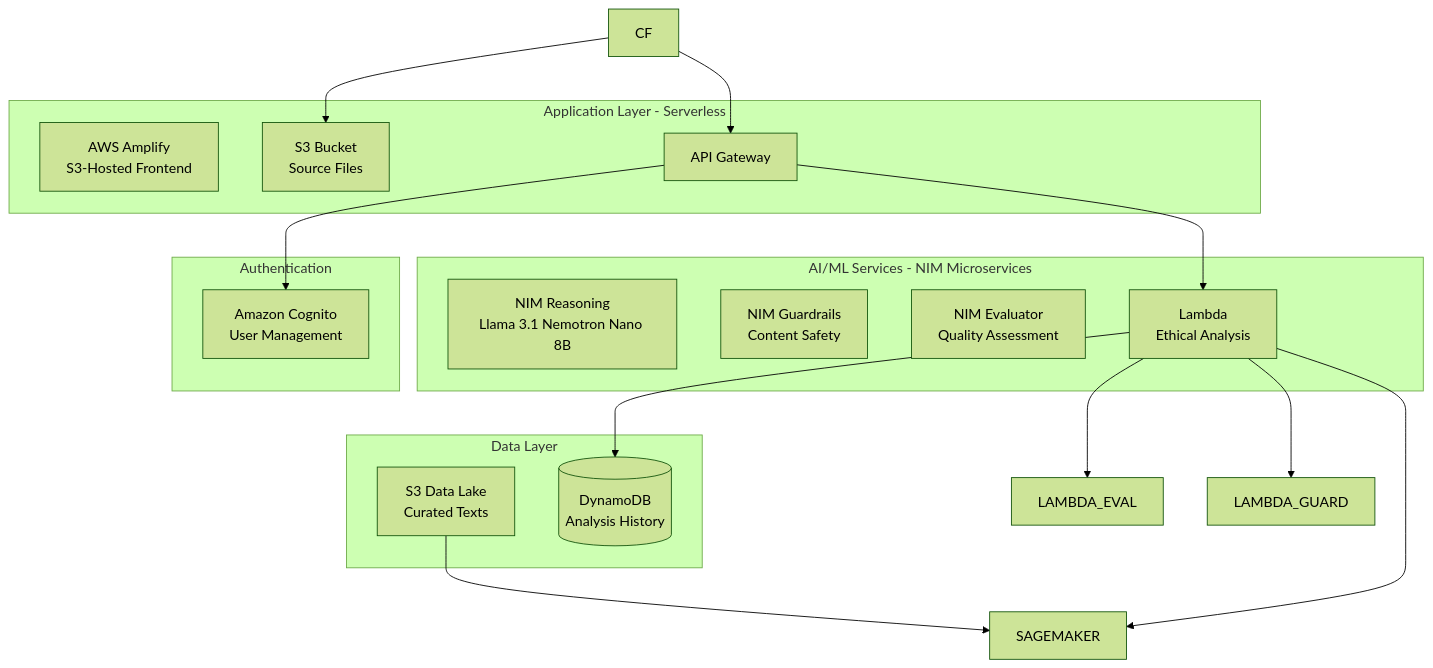
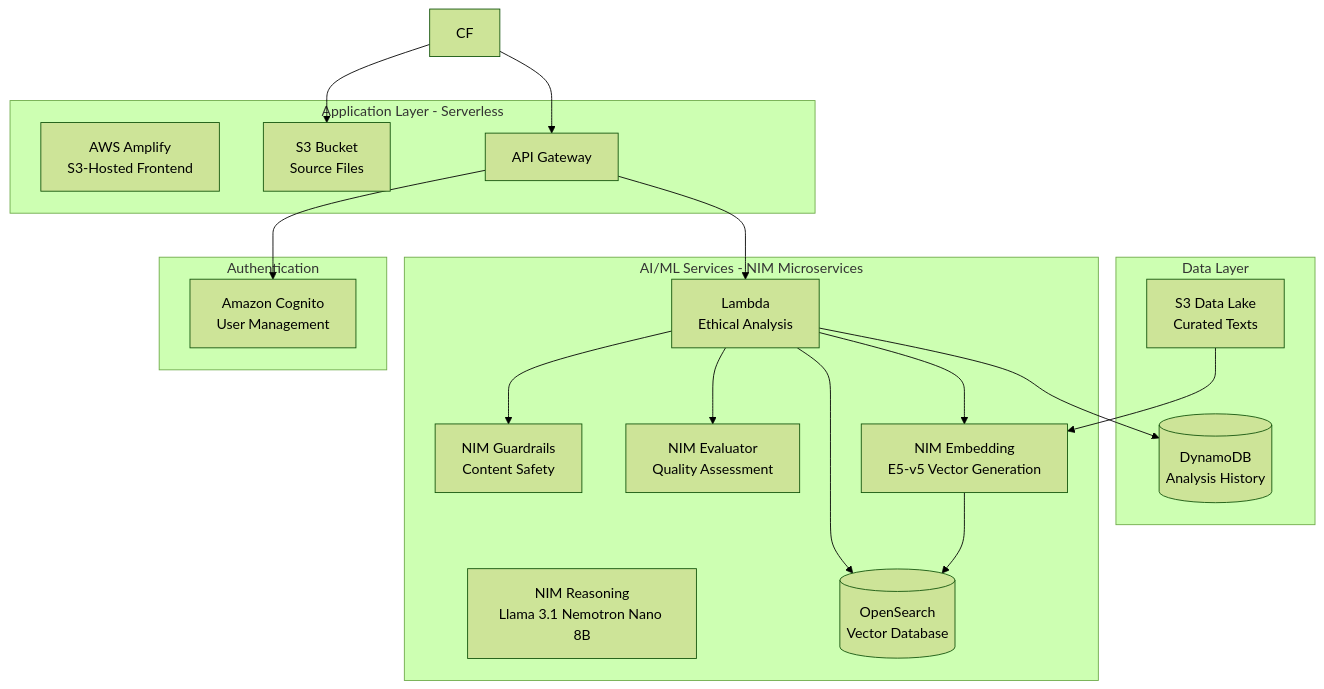
One commit to jakub-dunak/SynthArbiter changed the first of 2 diagrams in README.md. Above: the diagram before and after it, drawn with Mermaid (forest theme). The commit also changed other lines of this file and 8 other files, not shown here.

Commit message:
feat: integrate NIM Embedding and OpenSearch for enhanced context retrieval in ethical analysis, including updates to CloudFormation templates and Lambda functions

````diff
--- a/README.md
+++ b/README.md
@@ -7,35 +7,39 @@
 ```mermaid
 graph TB
     subgraph "Data Layer"
         S3[S3 Data Lake<br/>Curated Texts]
         DB[(DynamoDB<br/>Analysis History)]
     end
 
     subgraph "AI/ML Services - NIM Microservices"
         NIM_REASONING[NIM Reasoning<br/>Llama 3.1 Nemotron Nano 8B]
         NIM_GUARD[NIM Guardrails<br/>Content Safety]
         NIM_EVAL[NIM Evaluator<br/>Quality Assessment]
+        NIM_EMBED[NIM Embedding<br/>E5-v5 Vector Generation]
+        OPENSEARCH[(OpenSearch<br/>Vector Database)]
         LAMBDA_ANALYZE[Lambda<br/>Analysis Orchestrator]
     end
 
     subgraph "Application Layer - Serverless"
         AMPLIFY[AWS Amplify<br/>S3-Hosted Frontend]
         S3_WEB[S3 Bucket<br/>Source Files]
         API_GW[API Gateway]
         LAMBDA_ANALYZE[Lambda<br/>Ethical Analysis]
     end
 
     subgraph "Authentication"
         COGNITO[Amazon Cognito<br/>User Management]
     end
 
-    S3 --> SAGEMAKER
+    S3 --> NIM_EMBED
+    NIM_EMBED --> OPENSEARCH
     CF --> S3_WEB
     CF --> API_GW
     API_GW --> LAMBDA_ANALYZE
-    LAMBDA_ANALYZE --> SAGEMAKER
-    LAMBDA_ANALYZE --> LAMBDA_EVAL
-    LAMBDA_ANALYZE --> LAMBDA_GUARD
+    LAMBDA_ANALYZE --> NIM_EMBED
+    LAMBDA_ANALYZE --> OPENSEARCH
+    LAMBDA_ANALYZE --> NIM_GUARD
+    LAMBDA_ANALYZE --> NIM_EVAL
     LAMBDA_ANALYZE --> DB
     API_GW --> COGNITO
 ```
````
